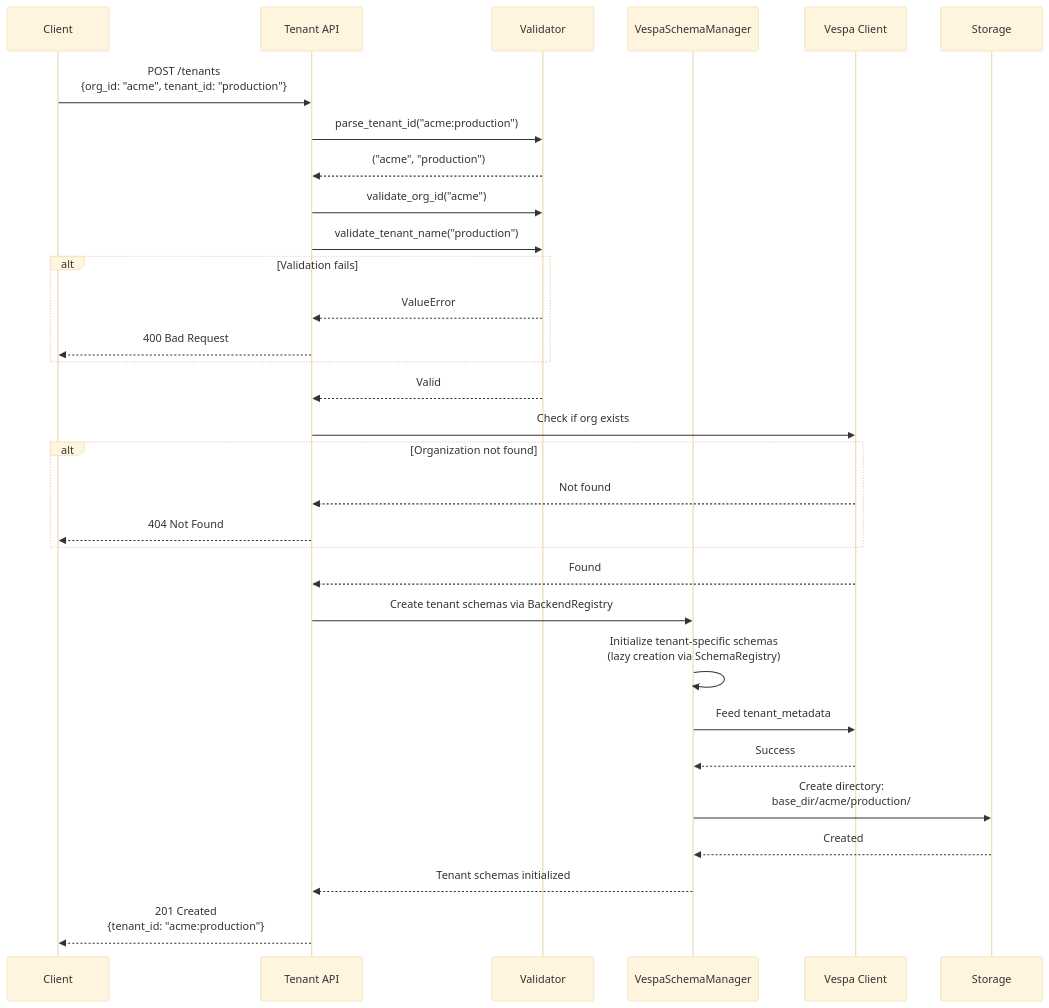
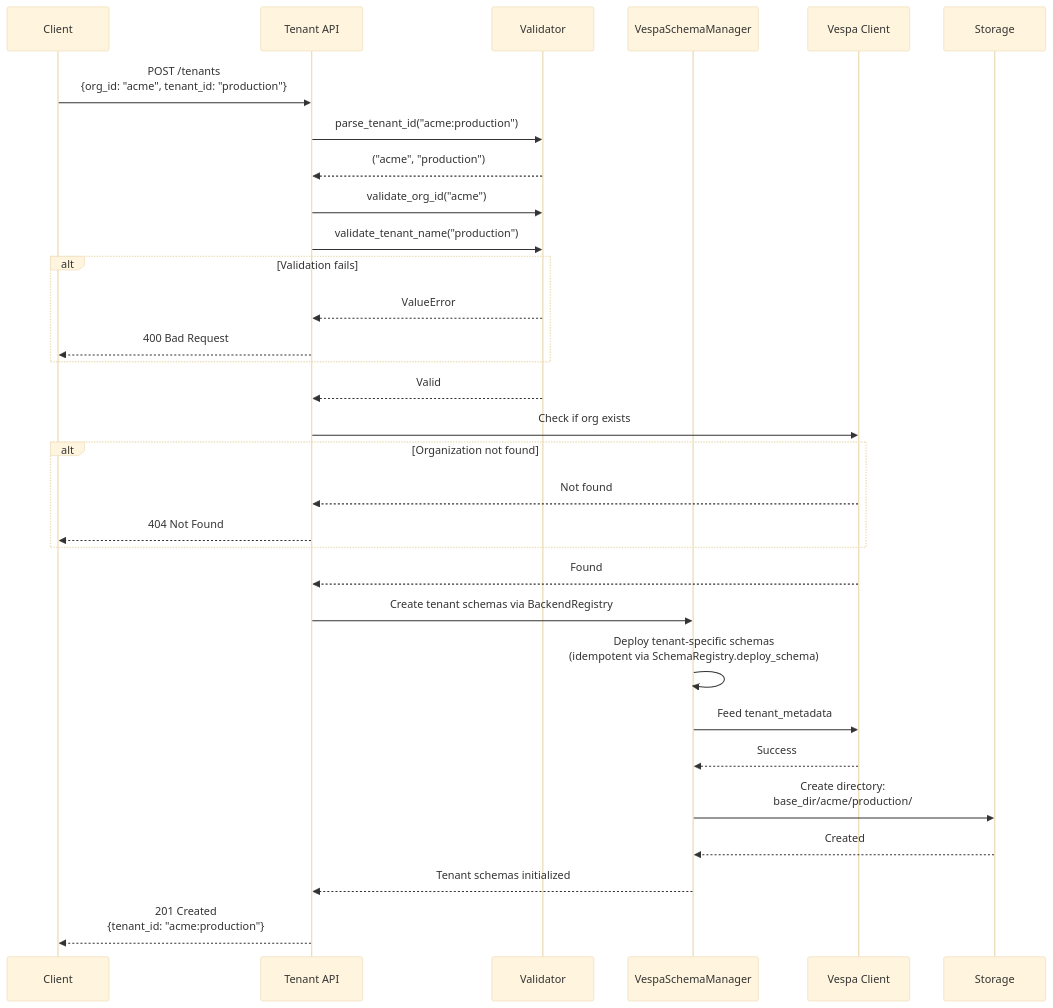
The third of 6 diagrams in docs/operations/multi-tenant-management.md (amit-jain/cogniverse), drawn with Mermaid (base theme) before and after one commit. The commit also changed other lines of this file and 50 other files, not shown here.

First line of the commit message:
Complete and verify docs against code with mermaid palette

````diff
--- a/docs/operations/multi-tenant-management.md
+++ b/docs/operations/multi-tenant-management.md
@@ -406,46 +408,46 @@
 ```mermaid
 sequenceDiagram
     participant Client
     participant API as Tenant API
     participant Validator
     participant SchemaManager as VespaSchemaManager
     participant VespaClient as Vespa Client
     participant Storage
 
     Client->>API: POST /tenants<br/>{org_id: "acme", tenant_id: "production"}
 
     API->>Validator: parse_tenant_id("acme:production")
     Validator-->>API: ("acme", "production")
 
     API->>Validator: validate_org_id("acme")
     API->>Validator: validate_tenant_name("production")
 
     alt Validation fails
         Validator-->>API: ValueError
         API-->>Client: 400 Bad Request
     end
 
     Validator-->>API: Valid
 
     API->>VespaClient: Check if org exists
     alt Organization not found
         VespaClient-->>API: Not found
         API-->>Client: 404 Not Found
     end
 
     VespaClient-->>API: Found
 
     API->>SchemaManager: Create tenant schemas via BackendRegistry
 
-    SchemaManager->>SchemaManager: Initialize tenant-specific schemas<br/>(lazy creation via SchemaRegistry)
+    SchemaManager->>SchemaManager: Deploy tenant-specific schemas<br/>(idempotent via SchemaRegistry.deploy_schema)
 
     SchemaManager->>VespaClient: Feed tenant_metadata
     VespaClient-->>SchemaManager: Success
 
     SchemaManager->>Storage: Create directory:<br/>base_dir/acme/production/
     Storage-->>SchemaManager: Created
 
     SchemaManager-->>API: Tenant schemas initialized
 
     API-->>Client: 201 Created<br/>{tenant_id: "acme:production"}
 ```
````
